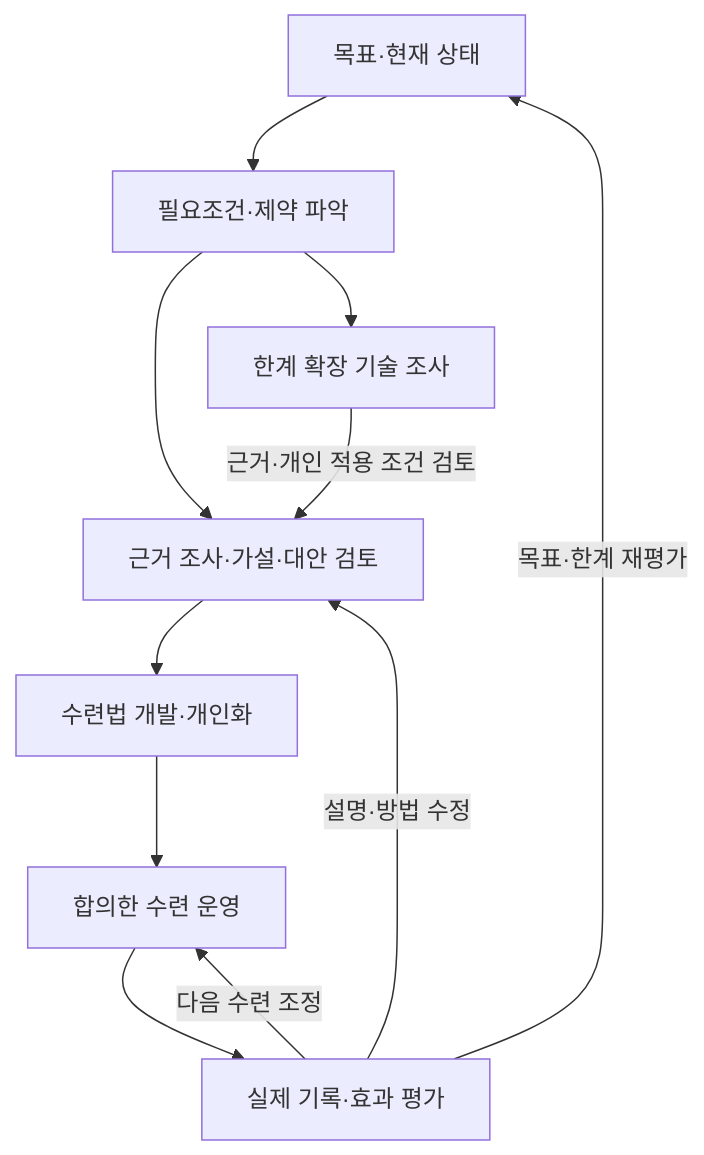
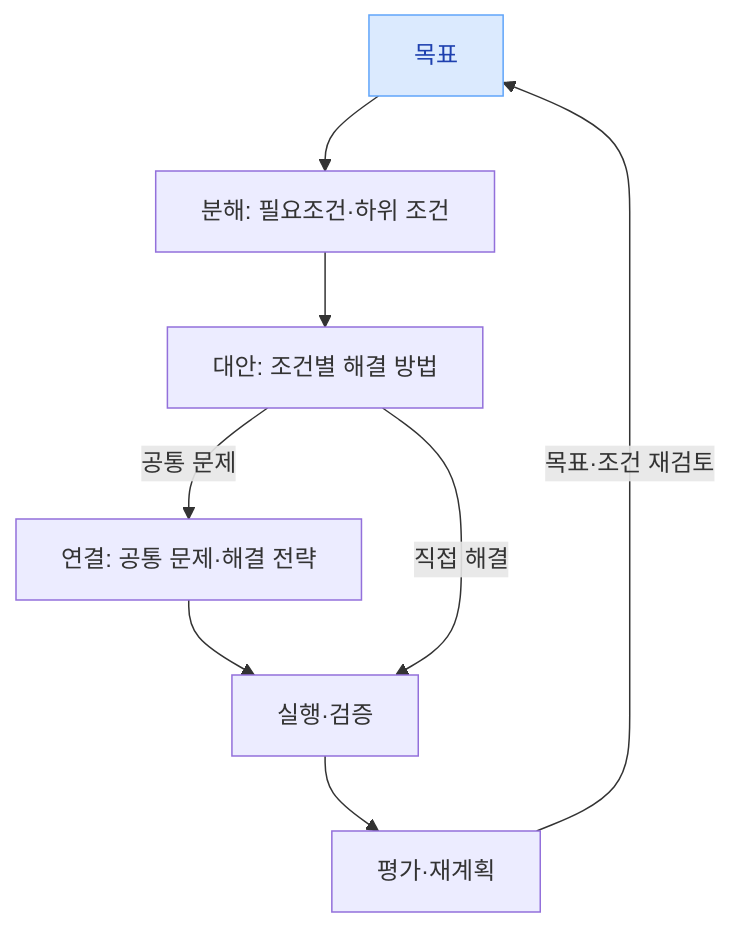
The eighth of 18 diagrams in docs/SPECIFICATION.md (Rmayana/frontier-research-harness), drawn with Mermaid before and after one commit. The commit also changed other lines of this file, not shown here.

Commit message:
docs: restore research and technical requirements with graph-first natural training scope

````diff
--- a/docs/SPECIFICATION.md
+++ b/docs/SPECIFICATION.md
@@ -68,17 +382,17 @@
 ```mermaid
 flowchart TD
-    A["목표·현재 상태"]
-    B["필요조건·제약 파악"]
-    C["근거 조사·가설·대안 검토"]
-    D["수련법 개발·개인화"]
-    E["합의한 수련 운영"]
-    F["실제 기록·효과 평가"]
-    T["한계 확장 기술 조사"]
+    A["목표"]
+    B["분해: 필요조건·하위 조건"]
+    C["대안: 조건별 해결 방법"]
+    D["연결: 공통 문제·해결 전략"]
+    E["실행·검증"]
+    F["평가·재계획"]
 
-    A --> B --> C --> D --> E --> F
-    F -->|"다음 수련 조정"| E
-    F -->|"설명·방법 수정"| C
-    F -->|"목표·한계 재평가"| A
-    B --> T
-    T -->|"근거·개인 적용 조건 검토"| C
+    A --> B --> C
+    C -->|"공통 문제"| D --> E
+    C -->|"직접 해결"| E
+    E --> F
+    F -->|"목표·조건 재검토"| A
+
+    style A fill:#dbeafe,color:#1e40af,stroke:#60a5fa
 ```
````
